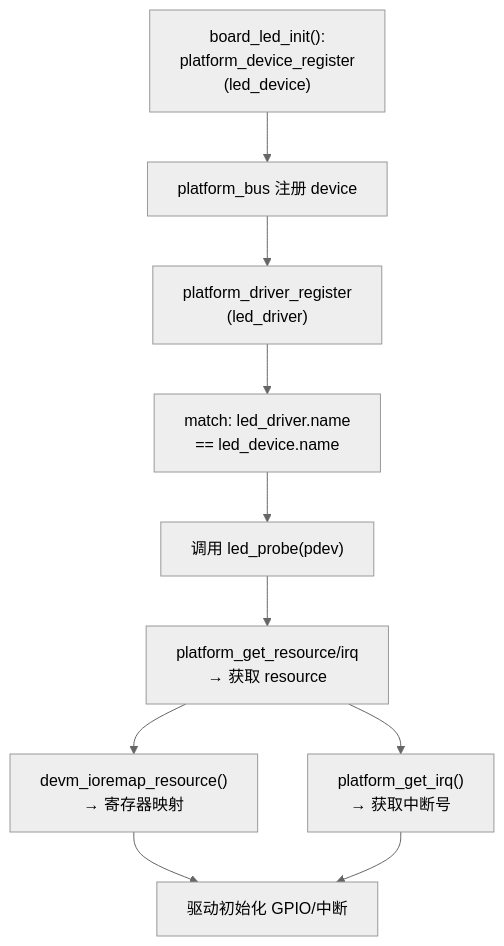
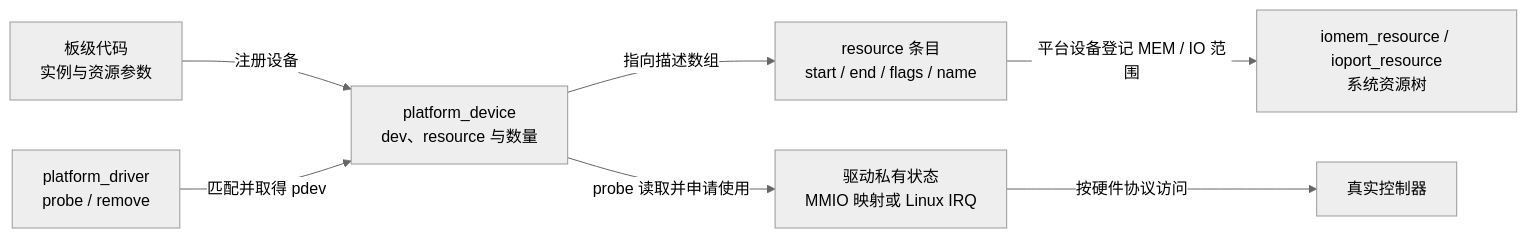
The first of 2 diagrams in knowledge/driver_model/device_tree/设备树+platform开发/P01_旧式平台设备与资源机制.md (FormingSystem/linux_note), drawn with Mermaid (neutral theme) before and after one commit. The commit also changed other lines of this file and 1 other file, not shown here.

First line of the commit message:
content(device_tree): 重建板级资源到设备驱动绑定的解释链

````diff
--- a/knowledge/driver_model/device_tree/设备树+platform开发/P01_旧式平台设备与资源机制.md
+++ b/knowledge/driver_model/device_tree/设备树+platform开发/P01_旧式平台设备与资源机制.md
@@ -266,13 +32,9 @@
 ```mermaid
-flowchart TD
-  A["board_led_init(): <br>platform_device_register<br>(led_device)"]
-    --> B["platform_bus 注册 device"]
-  B --> C["platform_driver_register<br>(led_driver)"]
-  C --> D["match: led_driver.name<br> == led_device.name"]
-  D --> E["调用 led_probe(pdev)"]
-  E --> F["platform_get_resource/irq<br> → 获取 resource"]
-  F --> G["devm_ioremap_resource()<br> → 寄存器映射"]
-  F --> H["platform_get_irq()<br> → 获取中断号"]
-  G --> I["驱动初始化 GPIO/中断"]
-  H --> I
+flowchart LR
+    B["板级代码<br/>实例与资源参数"] -->|注册设备| P["platform_device<br/>dev、resource 与数量"]
+    P -->|指向描述数组| R["resource 条目<br/>start / end / flags / name"]
+    D["platform_driver<br/>probe / remove"] -->|匹配并取得 pdev| P
+    R -->|平台设备登记 MEM / IO 范围| T["iomem_resource / ioport_resource<br/>系统资源树"]
+    P -->|probe 读取并申请使用| U["驱动私有状态<br/>MMIO 映射或 Linux IRQ"]
+    U -->|按硬件协议访问| H["真实控制器"]
 ```
````
